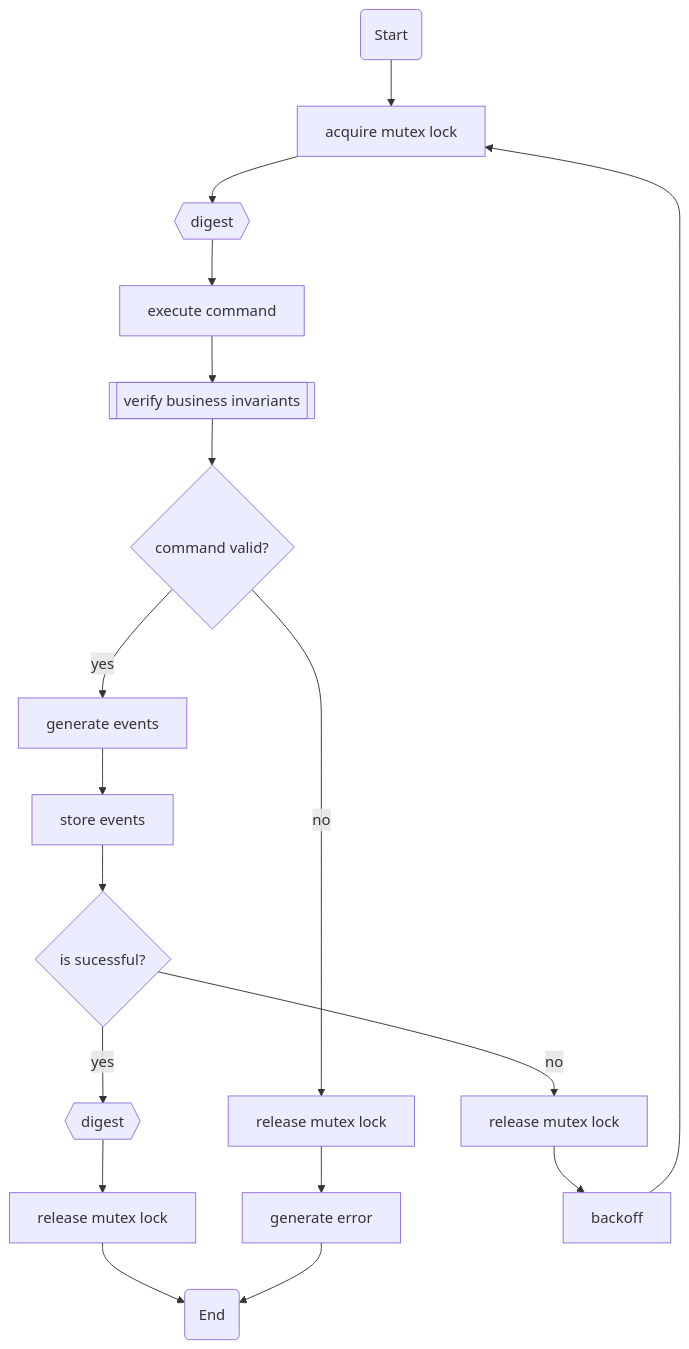
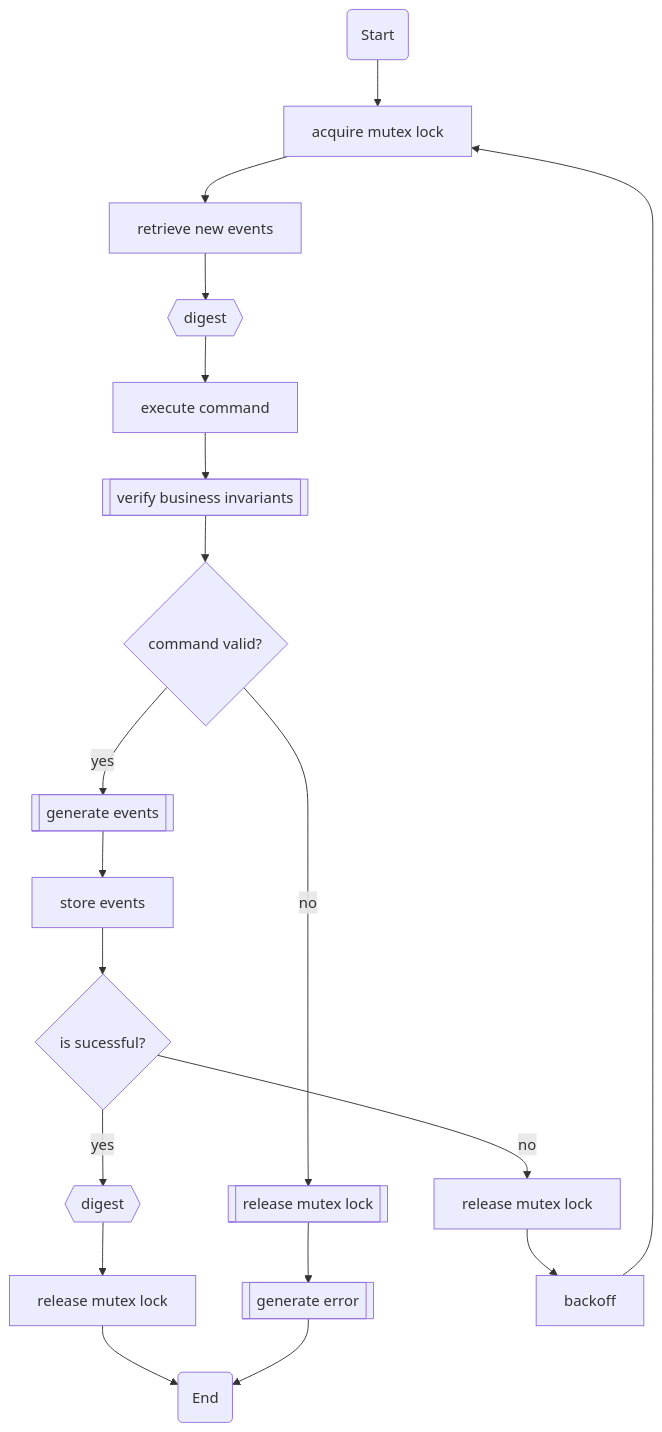
Before and after one commit to HighOutputVentures/labs-arque: the diagram in libs/node-client/docs/process.md, drawn with Mermaid. The commit also changed 11 other files, not shown here.

````diff
--- a/libs/node-client/docs/process.md
+++ b/libs/node-client/docs/process.md
@@ -1,20 +1,21 @@
 ```mermaid
 flowchart TB
   A(Start) --> B[acquire mutex lock]
-  B --> C{{digest}}
+  B --> P[retrieve new events]
+  P --> C{{digest}}
   C --> D[execute command]
   D --> E[[verify business invariants]]
   E --> F{command valid?}
-  F --> |yes| G[generate events]
-  F --> |no| M[release mutex lock]
-  M --> N[generate error]
+  F --> |yes| G[[generate events]]
+  F --> |no| M[[release mutex lock]]
+  M --> N[[generate error]]
   G --> H[store events]
   H --> I{is sucessful?}
   I --> |yes| J{{digest}}
   J --> O[release mutex lock]
   I --> |no| K[release mutex lock]
   K --> L[backoff]
   L --> B
   O --> Z
   N --> Z(End)
 ```
````
